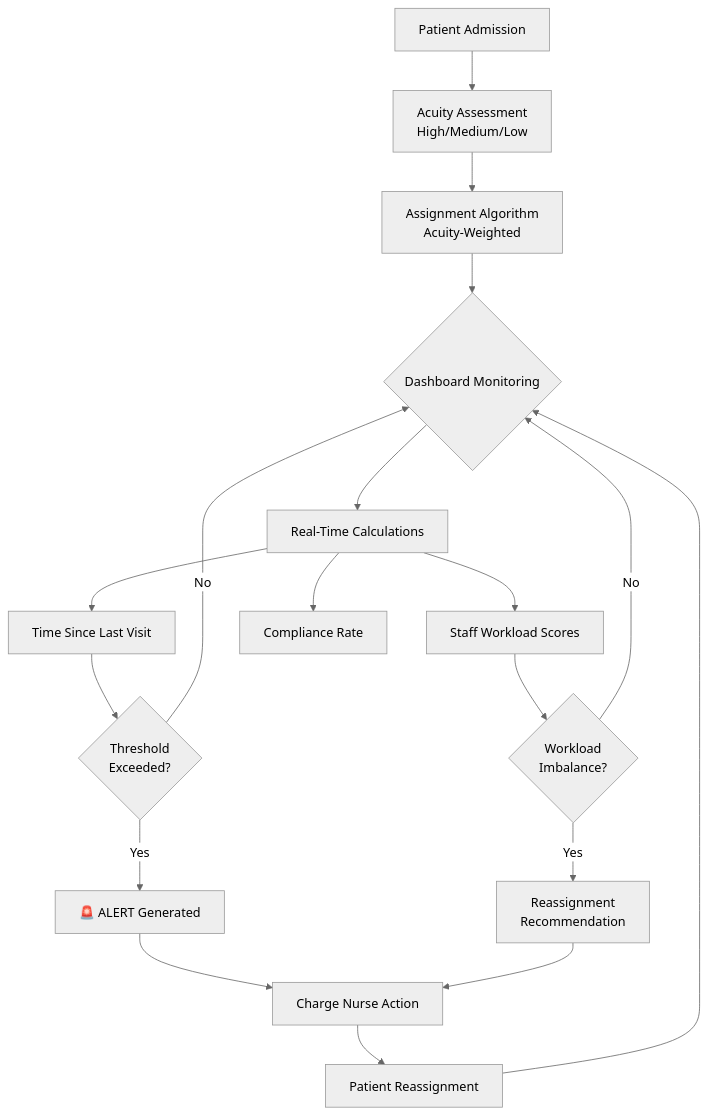
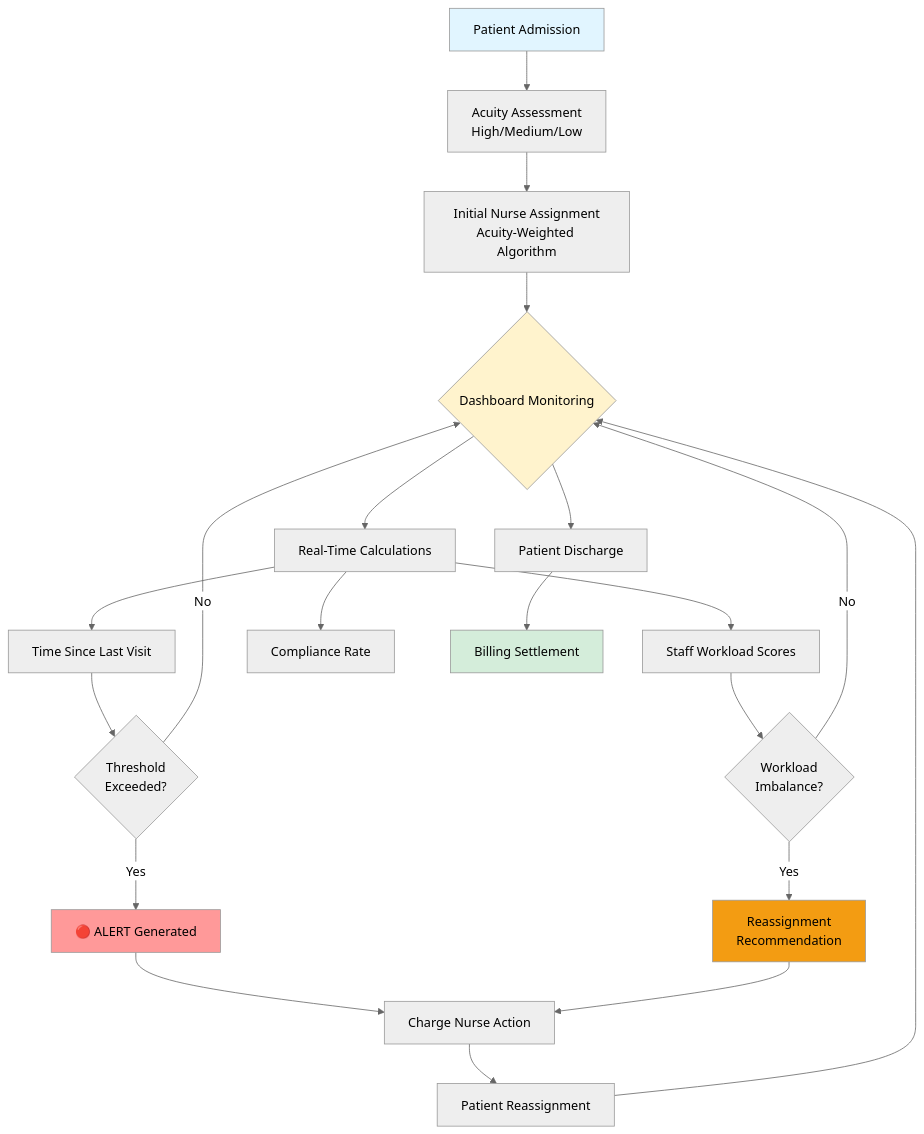
One commit to BradleyMatican25/leanonme changed the second of 7 diagrams in ReadMe_12AM.md. Above: the diagram before and after it, drawn with Mermaid (neutral theme). The commit also changed other lines of this file, not shown here.

````diff
--- a/ReadMe_12AM.md
+++ b/ReadMe_12AM.md
@@ -121,24 +245,33 @@
 ```mermaid
 flowchart TB
     A[Patient Admission] --> B[Acuity Assessment<br/>High/Medium/Low]
-    B --> C[Assignment Algorithm<br/>Acuity-Weighted]
+    B --> C[Initial Nurse Assignment<br/>Acuity-Weighted Algorithm]
     C --> D{Dashboard Monitoring}
     
     D --> E[Real-Time Calculations]
     E --> E1[Time Since Last Visit]
     E --> E2[Staff Workload Scores]
     E --> E3[Compliance Rate]
     
     E1 --> F{Threshold<br/>Exceeded?}
-    F -->|Yes| G[🚨 ALERT Generated]
+    F -->|Yes| G[🔴 ALERT Generated]
     F -->|No| D
     
     E2 --> H{Workload<br/>Imbalance?}
     H -->|Yes| I[Reassignment<br/>Recommendation]
     H -->|No| D
     
     G --> J[Charge Nurse Action]
     I --> J
     J --> K[Patient Reassignment]
     K --> D
+    
+    D --> L[Patient Discharge]
+    L --> M[Billing Settlement]
+    
+    style A fill:#e1f5ff
+    style D fill:#fff3cd
+    style G fill:#ff9999
+    style I fill:#f39c12
+    style M fill:#d4edda
 ```
````
